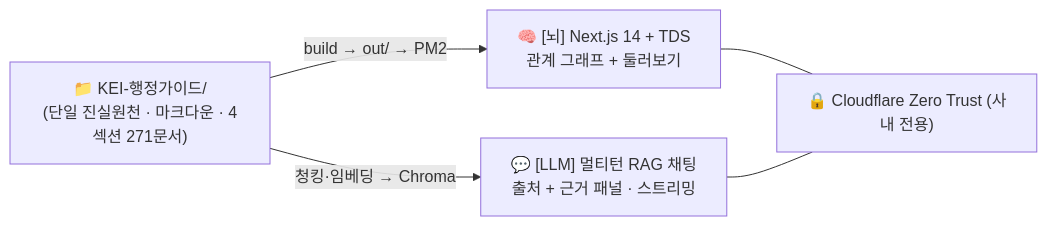
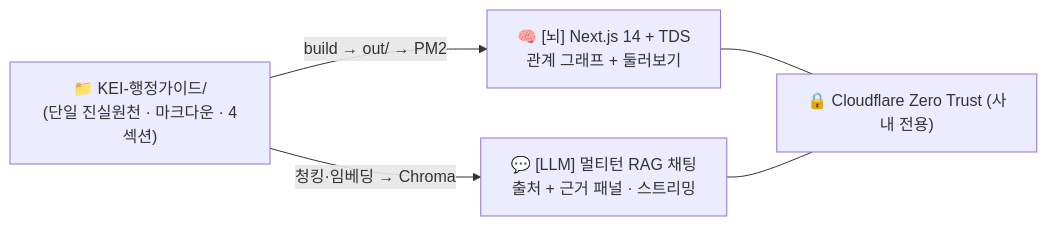
The diagram in docs/README.md (mooner92/KEIAdminSuperv), drawn with Mermaid before and after one commit. The commit also changed other lines of this file and 17 other files, not shown here.

````diff
--- a/docs/README.md
+++ b/docs/README.md
@@ -11,8 +11,8 @@
 ```mermaid
 flowchart LR
-    Vault["📁 KEI-행정가이드/<br/>(단일 진실원천 · 마크다운 · 4섹션 271문서)"]
+    Vault["📁 KEI-행정가이드/<br/>(단일 진실원천 · 마크다운 · 4섹션)"]
     Vault -->|build → out/ → PM2| Brain["🧠 [뇌] Next.js 14 + TDS<br/>관계 그래프 + 둘러보기"]
     Vault -->|청킹·임베딩 → Chroma| Assistant["💬 [LLM] 멀티턴 RAG 채팅<br/>출처 + 근거 패널 · 스트리밍"]
     Brain --- ZeroTrust["🔒 Cloudflare Zero Trust (사내 전용)"]
     Assistant --- ZeroTrust
 ```
````
